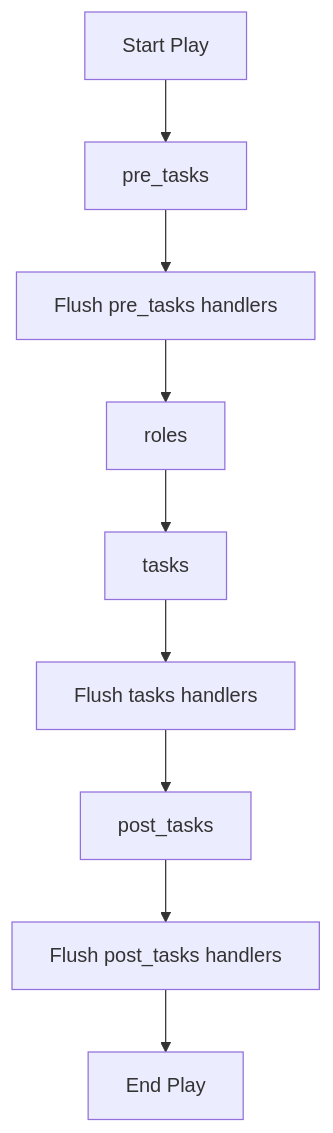
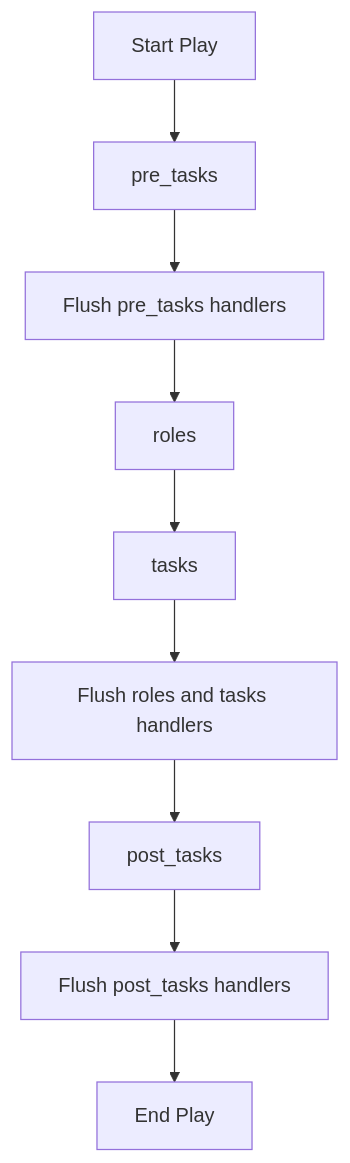
Before and after one commit to OneUptime/blog: the diagram in posts/2026-02-21-how-to-use-ansible-role-pre-tasks-and-post-tasks/README.md, drawn with Mermaid. The commit also changed other lines of this file and 2 other files, not shown here.

Commit message:
validate: 2026-02-21-how-to-use-ansible-role-pre-tasks-and-post-tasks

````diff
--- a/posts/2026-02-21-how-to-use-ansible-role-pre-tasks-and-post-tasks/README.md
+++ b/posts/2026-02-21-how-to-use-ansible-role-pre-tasks-and-post-tasks/README.md
@@ -17,11 +17,11 @@
 ```mermaid
 flowchart TD
     A[Start Play] --> B[pre_tasks]
     B --> C[Flush pre_tasks handlers]
     C --> D[roles]
     D --> E[tasks]
-    E --> F[Flush tasks handlers]
+    E --> F[Flush roles and tasks handlers]
     F --> G[post_tasks]
     G --> H[Flush post_tasks handlers]
     H --> I[End Play]
 ```
````
